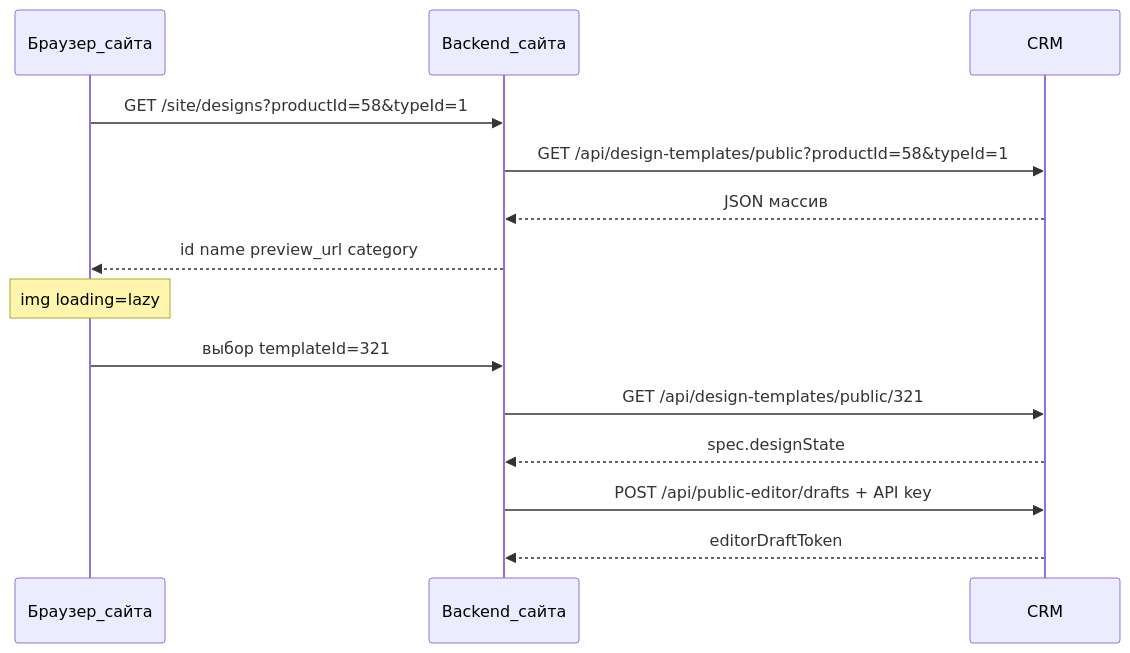
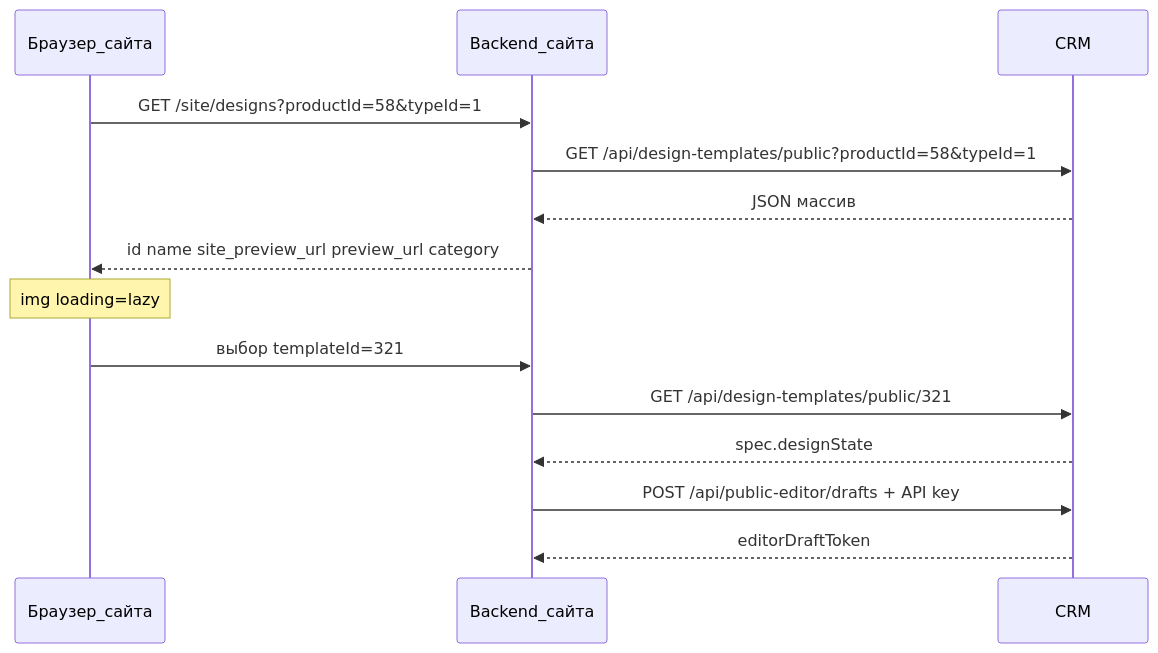
One commit to rekafoe/CRM2026 changed the second of 2 diagrams in docs/site-design-gallery-integration.md. Above: the diagram before and after it, drawn with Mermaid. The commit also changed other lines of this file and 34 other files, not shown here.

````diff
--- a/docs/site-design-gallery-integration.md
+++ b/docs/site-design-gallery-integration.md
@@ -161,18 +169,18 @@
 ```mermaid
 sequenceDiagram
   participant Browser as Браузер_сайта
   participant SiteApi as Backend_сайта
   participant CRM as CRM
 
   Browser->>SiteApi: GET /site/designs?productId=58&typeId=1
   SiteApi->>CRM: GET /api/design-templates/public?productId=58&typeId=1
   CRM-->>SiteApi: JSON массив
-  SiteApi-->>Browser: id name preview_url category
+  SiteApi-->>Browser: id name site_preview_url preview_url category
   Note over Browser: img loading=lazy
 
   Browser->>SiteApi: выбор templateId=321
   SiteApi->>CRM: GET /api/design-templates/public/321
   CRM-->>SiteApi: spec.designState
   SiteApi->>CRM: POST /api/public-editor/drafts + API key
   CRM-->>SiteApi: editorDraftToken
 ```
````
